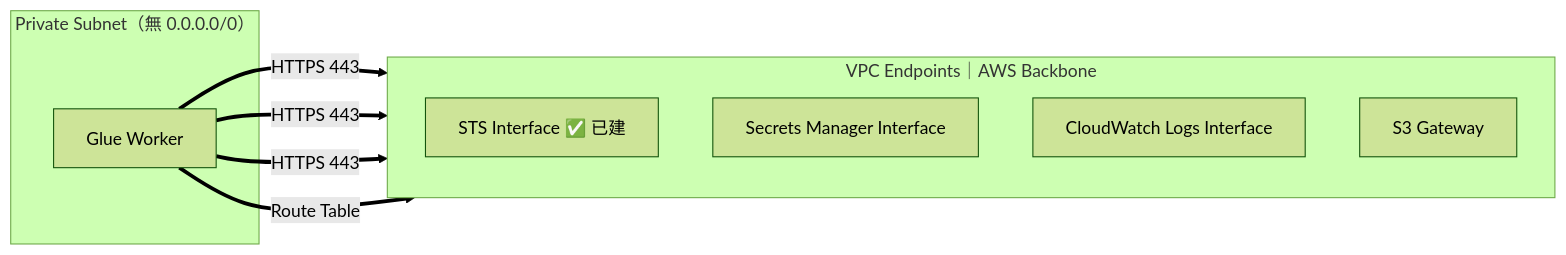
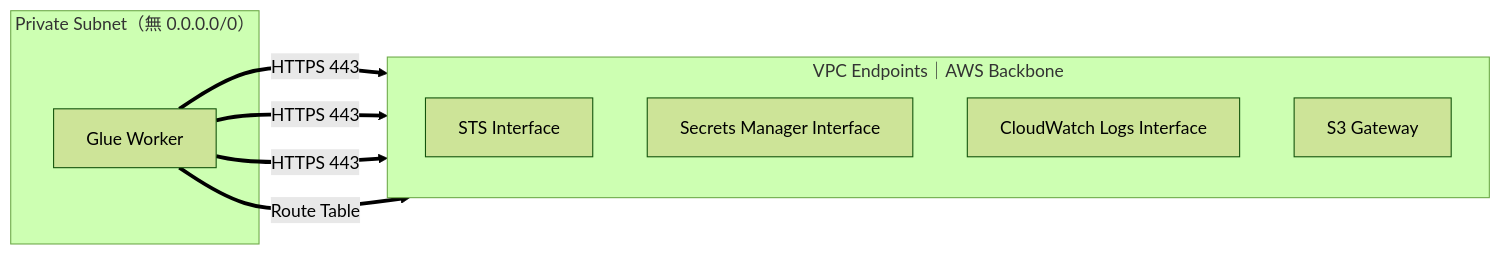
One commit to Jiaye-DF/data-center-etl changed the sixth of 6 diagrams in docs/Arch/aws-to-local-infra-arch.md. Above: the diagram before and after it, drawn with Mermaid (forest theme). The commit also changed other lines of this file and 3 other files, not shown here.

````diff
--- a/docs/Arch/aws-to-local-infra-arch.md
+++ b/docs/Arch/aws-to-local-infra-arch.md
@@ -417,17 +417,17 @@
 ```mermaid
 flowchart LR
   subgraph PRIV["Private Subnet（無 0.0.0.0/0）"]
     GLUE["Glue Worker"]
   end
   subgraph VPCEP["VPC Endpoints｜AWS Backbone"]
     direction TB
-    STS["STS Interface ✅ 已建"]
+    STS["STS Interface"]
     SM["Secrets Manager Interface"]
     LOG["CloudWatch Logs Interface"]
     S3E["S3 Gateway"]
   end
   GLUE == "HTTPS 443" ==> STS
   GLUE == "HTTPS 443" ==> SM
   GLUE == "HTTPS 443" ==> LOG
   GLUE == "Route Table" ==> S3E
 ```
````
